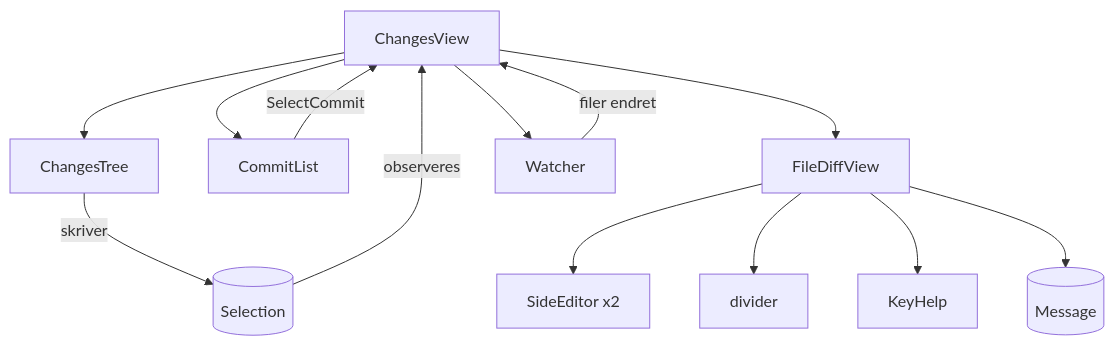
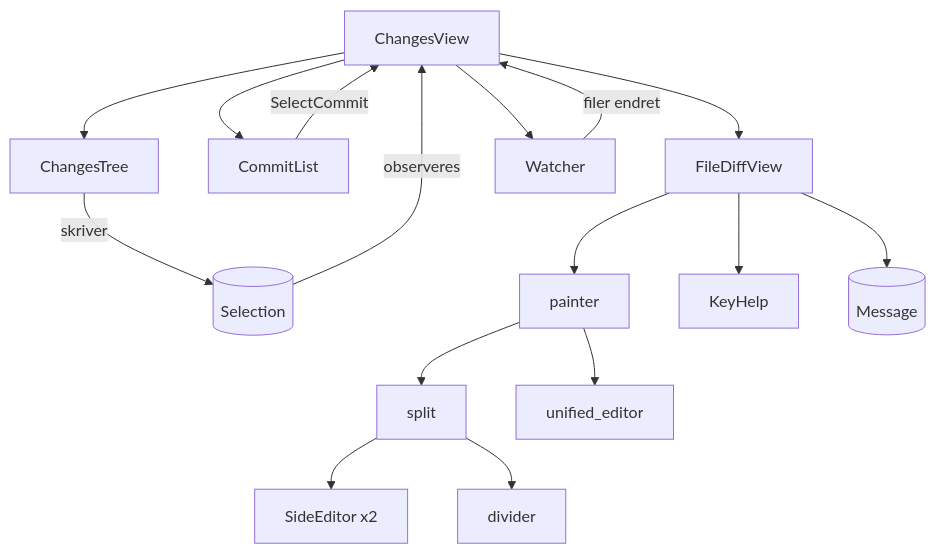
The diagram in crates/jetdiff-ui/README.md (akemkers/jetdiff), drawn with Mermaid before and after one commit. The commit also changed other lines of this file and 5 other files, not shown here.

````diff
--- a/crates/jetdiff-ui/README.md
+++ b/crates/jetdiff-ui/README.md
@@ -38,15 +38,18 @@
 ```mermaid
 graph TD
     cv[ChangesView] --> tree[ChangesTree]
     cv --> commits[CommitList]
     cv --> fdv[FileDiffView]
     cv --> watcher[Watcher]
     tree -- skriver --> sel[(Selection)]
     sel -- observeres --> cv
     commits -- SelectCommit --> cv
     watcher -- filer endret --> cv
-    fdv --> se[SideEditor x2]
-    fdv --> div[divider]
+    fdv --> painter[painter]
+    painter --> split[split]
+    painter --> unified[unified_editor]
+    split --> se[SideEditor x2]
+    split --> div[divider]
     fdv --> help[KeyHelp]
     fdv --> msg[(Message)]
 ```
````
